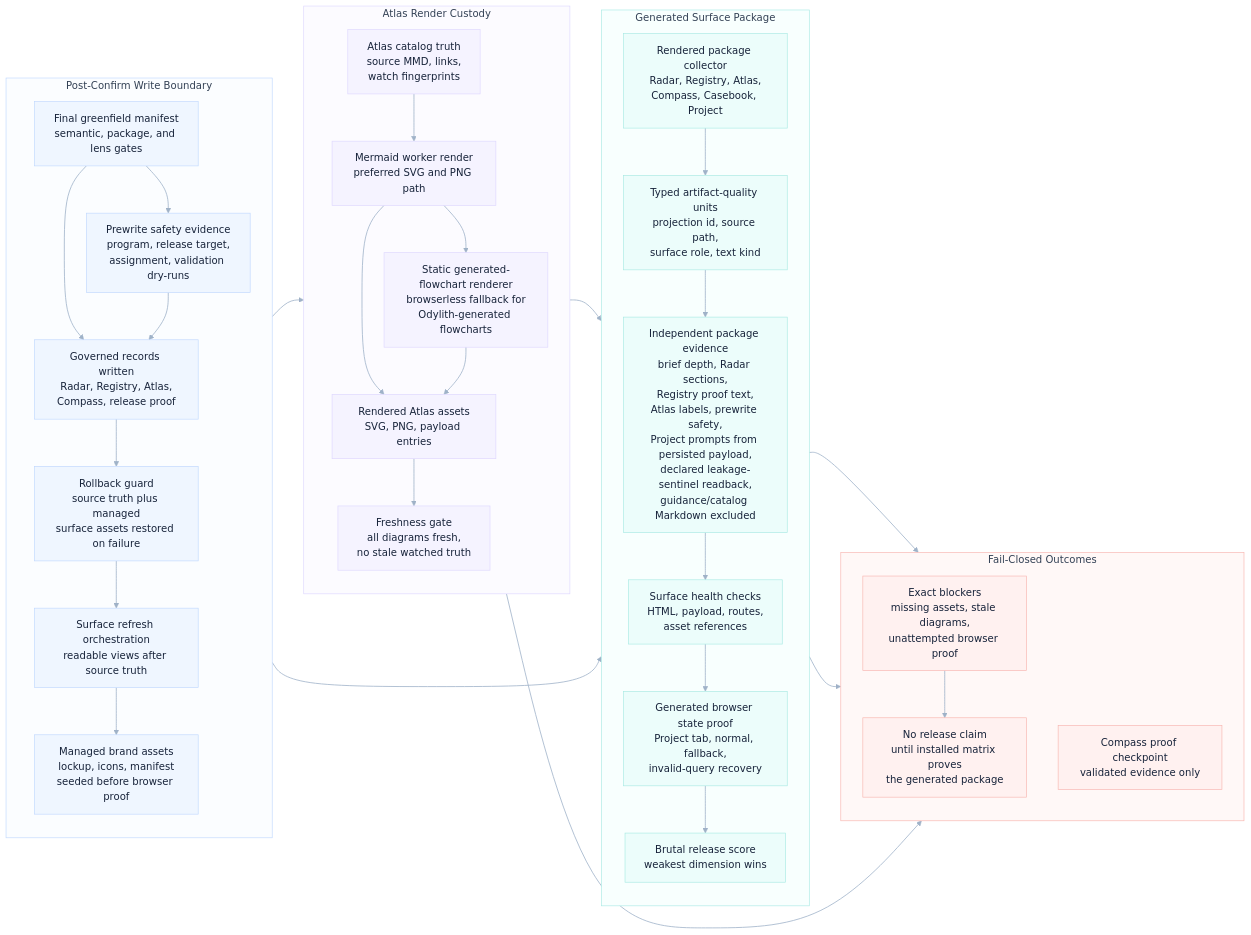
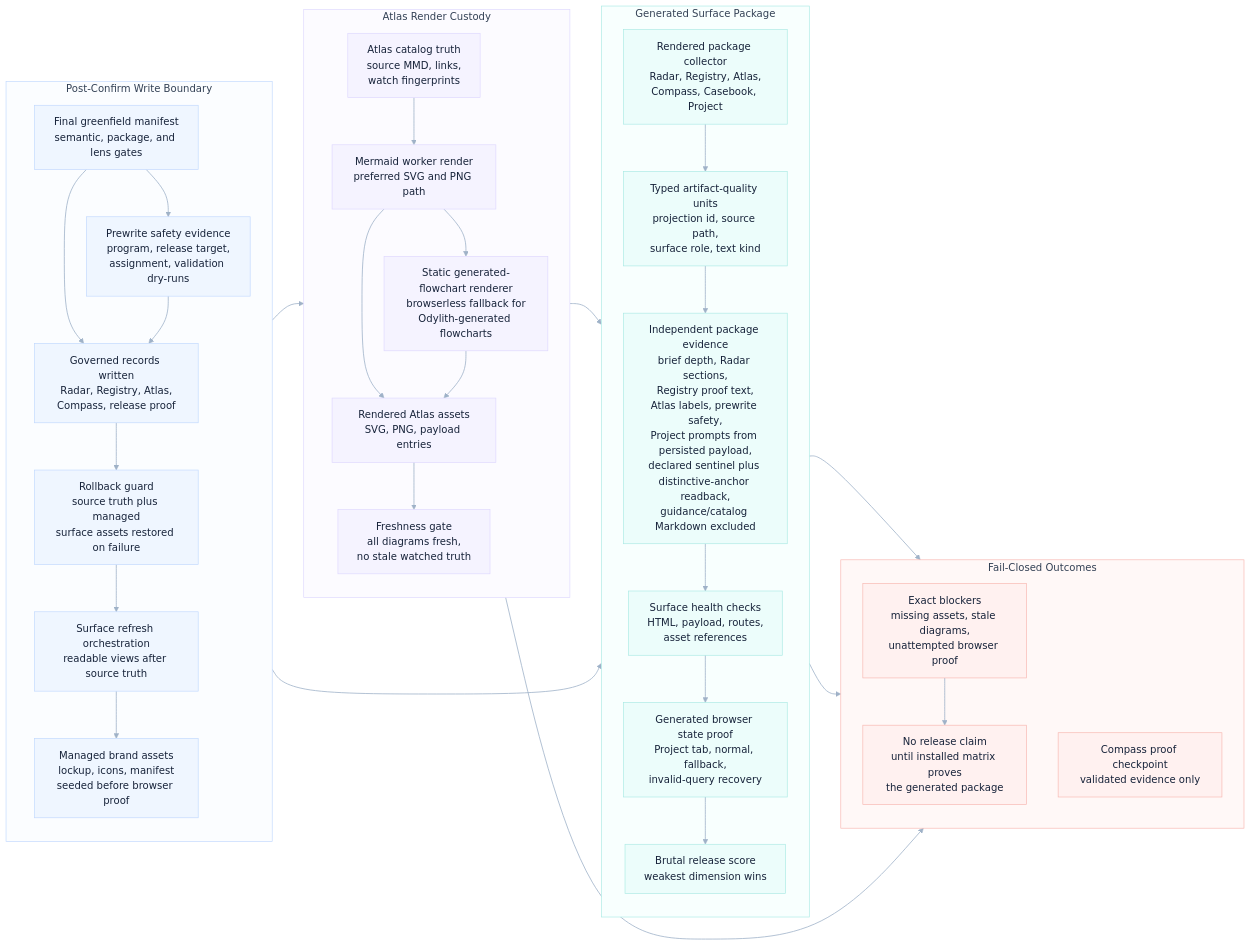
The diagram in odylith/atlas/source/greenfield-rendered-surface-and-static-atlas-custody.mmd (odylith/odylith), drawn with Mermaid (base theme) before and after one commit. The commit also changed 29 other files, not shown here.

Commit message:
Harden greenfield domain leakage proof

```diff
--- a/odylith/atlas/source/greenfield-rendered-surface-and-static-atlas-custody.mmd
+++ b/odylith/atlas/source/greenfield-rendered-surface-and-static-atlas-custody.mmd
@@ -1,75 +1,75 @@
 flowchart LR
     subgraph write_lane["Post-Confirm Write Boundary"]
       direction TB
       final_manifest["Final greenfield manifest<br/>semantic, package, and lens gates"]
       prewrite_safety["Prewrite safety evidence<br/>program, release target,<br/>assignment, validation dry-runs"]
       governed_write["Governed records written<br/>Radar, Registry, Atlas,<br/>Compass, release proof"]
       rollback_guard["Rollback guard<br/>source truth plus managed<br/>surface assets restored on failure"]
       dashboard_refresh["Surface refresh orchestration<br/>readable views after source truth"]
       brand_assets["Managed brand assets<br/>lockup, icons, manifest<br/>seeded before browser proof"]
     end
 
     subgraph atlas_lane["Atlas Render Custody"]
       direction TB
       catalog_truth["Atlas catalog truth<br/>source MMD, links,<br/>watch fingerprints"]
       mermaid_worker["Mermaid worker render<br/>preferred SVG and PNG path"]
       static_renderer["Static generated-flowchart renderer<br/>browserless fallback for<br/>Odylith-generated flowcharts"]
       rendered_assets["Rendered Atlas assets<br/>SVG, PNG, payload entries"]
       freshness_gate["Freshness gate<br/>all diagrams fresh,<br/>no stale watched truth"]
     end
 
     subgraph surface_lane["Generated Surface Package"]
       direction TB
       rendered_package["Rendered package collector<br/>Radar, Registry, Atlas,<br/>Compass, Casebook, Project"]
       typed_units["Typed artifact-quality units<br/>projection id, source path,<br/>surface role, text kind"]
-      evidence_readback["Independent package evidence<br/>brief depth, Radar sections,<br/>Registry proof text,<br/>Atlas labels, prewrite safety,<br/>Project prompts from persisted payload,<br/>declared leakage-sentinel readback,<br/>guidance/catalog Markdown excluded"]
+      evidence_readback["Independent package evidence<br/>brief depth, Radar sections,<br/>Registry proof text,<br/>Atlas labels, prewrite safety,<br/>Project prompts from persisted payload,<br/>declared sentinel plus distinctive-anchor readback,<br/>guidance/catalog Markdown excluded"]
       surface_health["Surface health checks<br/>HTML, payload, routes,<br/>asset references"]
       browser_state["Generated browser state proof<br/>Project tab, normal, fallback,<br/>invalid-query recovery"]
       hard_score["Brutal release score<br/>weakest dimension wins"]
     end
 
     subgraph blocker_lane["Fail-Closed Outcomes"]
       direction TB
       exact_blockers["Exact blockers<br/>missing assets, stale diagrams,<br/>unattempted browser proof"]
       no_release_claim["No release claim<br/>until installed matrix proves<br/>the generated package"]
       proof_checkpoint["Compass proof checkpoint<br/>validated evidence only"]
     end
 
     final_manifest --> governed_write
     final_manifest --> prewrite_safety
     prewrite_safety --> governed_write
     governed_write --> rollback_guard
     rollback_guard --> dashboard_refresh
     dashboard_refresh --> brand_assets
     brand_assets --> surface_health
     dashboard_refresh --> catalog_truth
     catalog_truth --> mermaid_worker
     mermaid_worker --> rendered_assets
     mermaid_worker --> static_renderer
     static_renderer --> rendered_assets
     rendered_assets --> freshness_gate
     freshness_gate --> rendered_package
     rendered_package --> typed_units
     typed_units --> evidence_readback
     evidence_readback --> surface_health
     surface_health --> browser_state
     browser_state --> hard_score
     hard_score --> proof_checkpoint
     freshness_gate --> exact_blockers
     surface_health --> exact_blockers
     exact_blockers --> no_release_claim
 
     classDef write fill:#EFF6FF,stroke:#BFD7FE,color:#17233A,stroke-width:1px;
     classDef atlas fill:#F5F3FF,stroke:#DDD6FE,color:#17233A,stroke-width:1px;
     classDef surface fill:#ECFDFB,stroke:#A7E9E3,color:#17233A,stroke-width:1px;
     classDef blocker fill:#FFF1F0,stroke:#F7B4AE,color:#17233A,stroke-width:1px;
     class final_manifest,prewrite_safety,governed_write,rollback_guard,dashboard_refresh,brand_assets write;
     class catalog_truth,mermaid_worker,static_renderer,rendered_assets,freshness_gate atlas;
     class rendered_package,typed_units,evidence_readback,surface_health,browser_state,hard_score surface;
     class exact_blockers,no_release_claim,proof_checkpoint blocker;
 
     style write_lane fill:#FBFDFF,stroke:#BFD7FE,stroke-width:1px,color:#334155
     style atlas_lane fill:#FCFBFF,stroke:#DDD6FE,stroke-width:1px,color:#334155
     style surface_lane fill:#F8FFFE,stroke:#A7E9E3,stroke-width:1px,color:#334155
     style blocker_lane fill:#FFF8F7,stroke:#F7B4AE,stroke-width:1px,color:#334155
     linkStyle default stroke:#9FB2C8,stroke-width:1.25px
```
